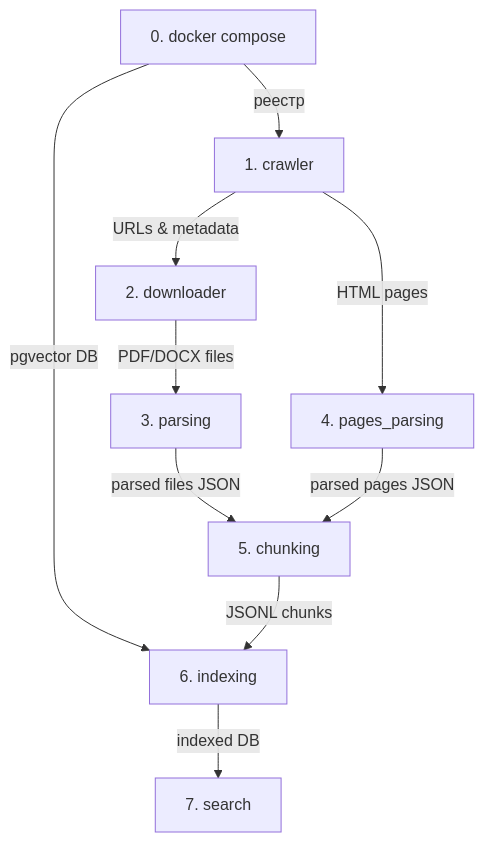
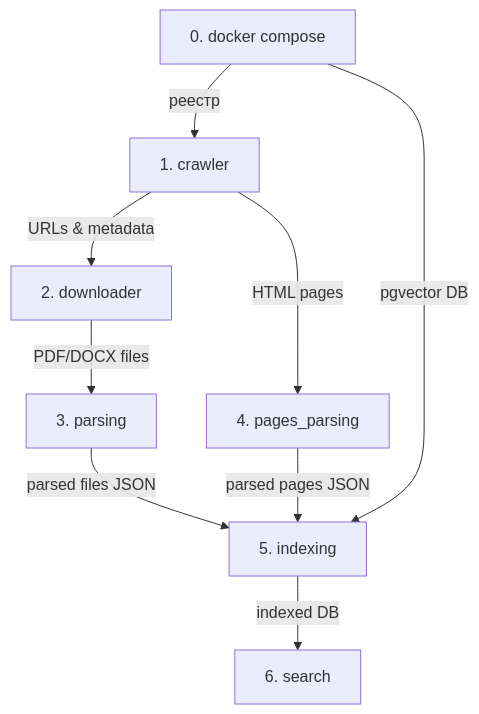
The diagram in docs/README.ru.md (natankatsif/Spott), drawn with Mermaid before and after one commit. The commit also changed other lines of this file and 45 other files, not shown here.

````diff
--- a/docs/README.ru.md
+++ b/docs/README.ru.md
@@ -53,12 +53,11 @@
 ```mermaid
 graph TD
     F[0. docker compose] -->|реестр| A[1. crawler]
     A -->|URLs & metadata| B[2. downloader]
     A -->|HTML pages| D[4. pages_parsing]
     B -->|PDF/DOCX files| C[3. parsing]
-    C -->|parsed files JSON| E[5. chunking]
-    D -->|parsed pages JSON| E
-    F -->|pgvector DB| G[6. indexing]
-    E -->|JSONL chunks| G
-    G -->|indexed DB| H[7. search]
+    C -->|parsed files JSON| G[5. indexing]
+    D -->|parsed pages JSON| G
+    F -->|pgvector DB| G
+    G -->|indexed DB| H[6. search]
 ```
````
